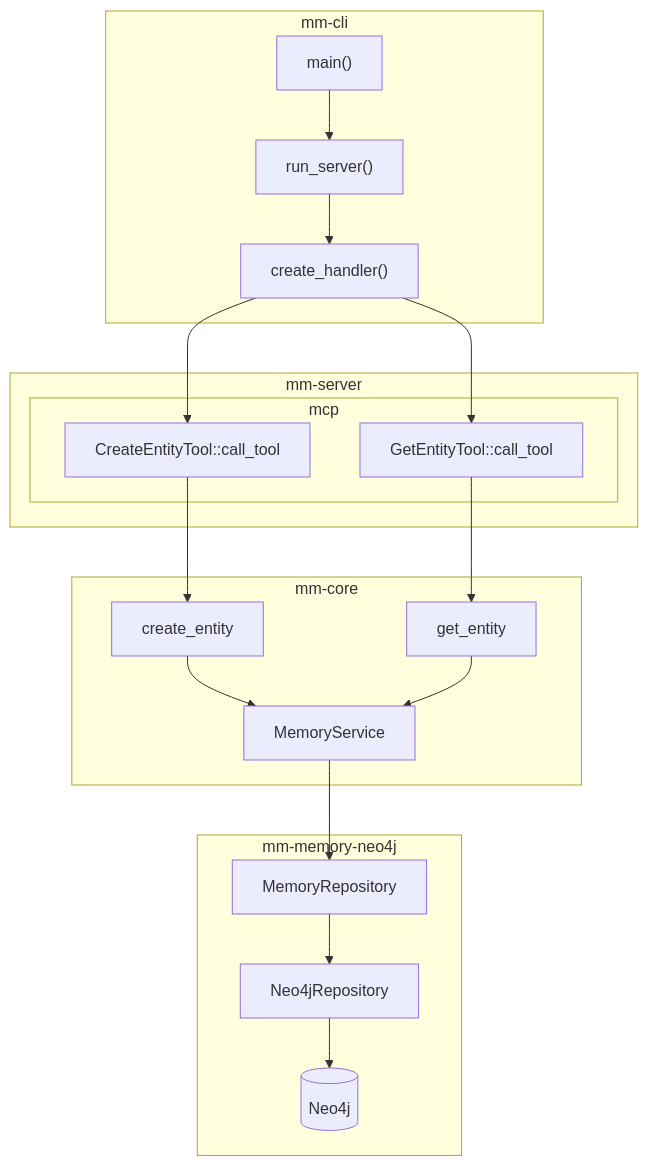
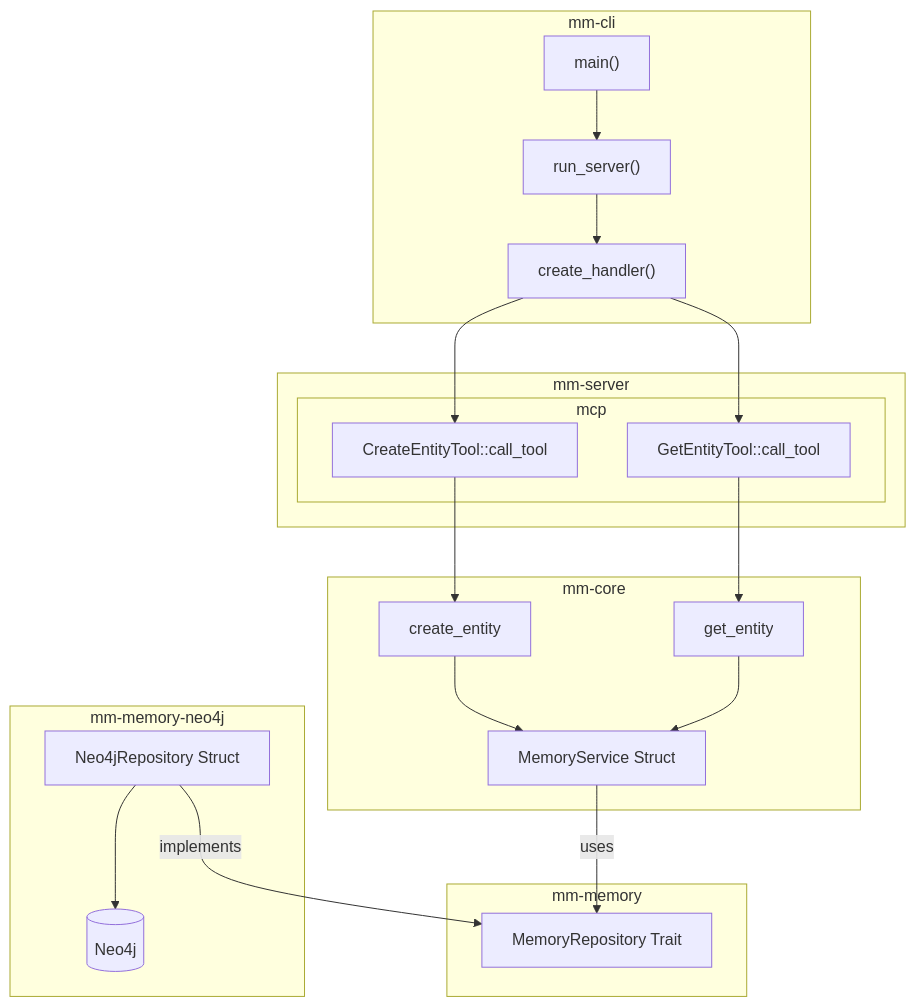
One commit to andoriyu/middle-manager changed the diagram in README.md. Above: the diagram before and after it, drawn with Mermaid. The commit also changed other lines of this file, not shown here.

Commit message:
docs: Update README structure diagram (#28)
* docs: update README structure

* Clarify MemoryService source and label diagram

````diff
--- a/README.md
+++ b/README.md
@@ -18,44 +20,46 @@
 ```mermaid
 graph TD
     %% mm-cli details
     subgraph "mm-cli"
         main_fn["main()"]
         run_server_fn["run_server()"]
         main_fn --> run_server_fn
         run_server_fn --> create_handler
     end
 
     %% mm-server details
     subgraph "mm-server"
         create_handler["create_handler()"]
         subgraph "mcp"
             create_tool["CreateEntityTool::call_tool"]
             get_tool["GetEntityTool::call_tool"]
         end
         create_handler --> create_tool
         create_handler --> get_tool
     end
 
     %% mm-core details
     subgraph "mm-core"
         create_op["create_entity"]
         get_op["get_entity"]
-        create_op --> memory_service["MemoryService"]
-        get_op --> memory_service["MemoryService"]
+        create_op --> memory_service["MemoryService Struct"]
+        get_op --> memory_service
+    end
+
+    %% mm-memory details
+    subgraph "mm-memory"
+        memory_service["MemoryService Struct"]
+        repository_trait["MemoryRepository Trait"]
+        memory_service -->|uses| repository_trait
     end
 
     %% mm-memory-neo4j details
     subgraph "mm-memory-neo4j"
-        memory_service["MemoryService"]
-        repository_trait["MemoryRepository"]
-        neo4j_repo["Neo4jRepository"]
-        neo4j_db[(Neo4j)]
-        memory_service --> repository_trait
-        repository_trait --> neo4j_repo
-        neo4j_repo --> neo4j_db
+        neo4j_repo["Neo4jRepository Struct"] -->|implements| repository_trait
+        neo4j_repo --> neo4j_db[(Neo4j)]
     end
 
     %% Flow connections
     create_tool --> create_op
     get_tool --> get_op
 ```
````
